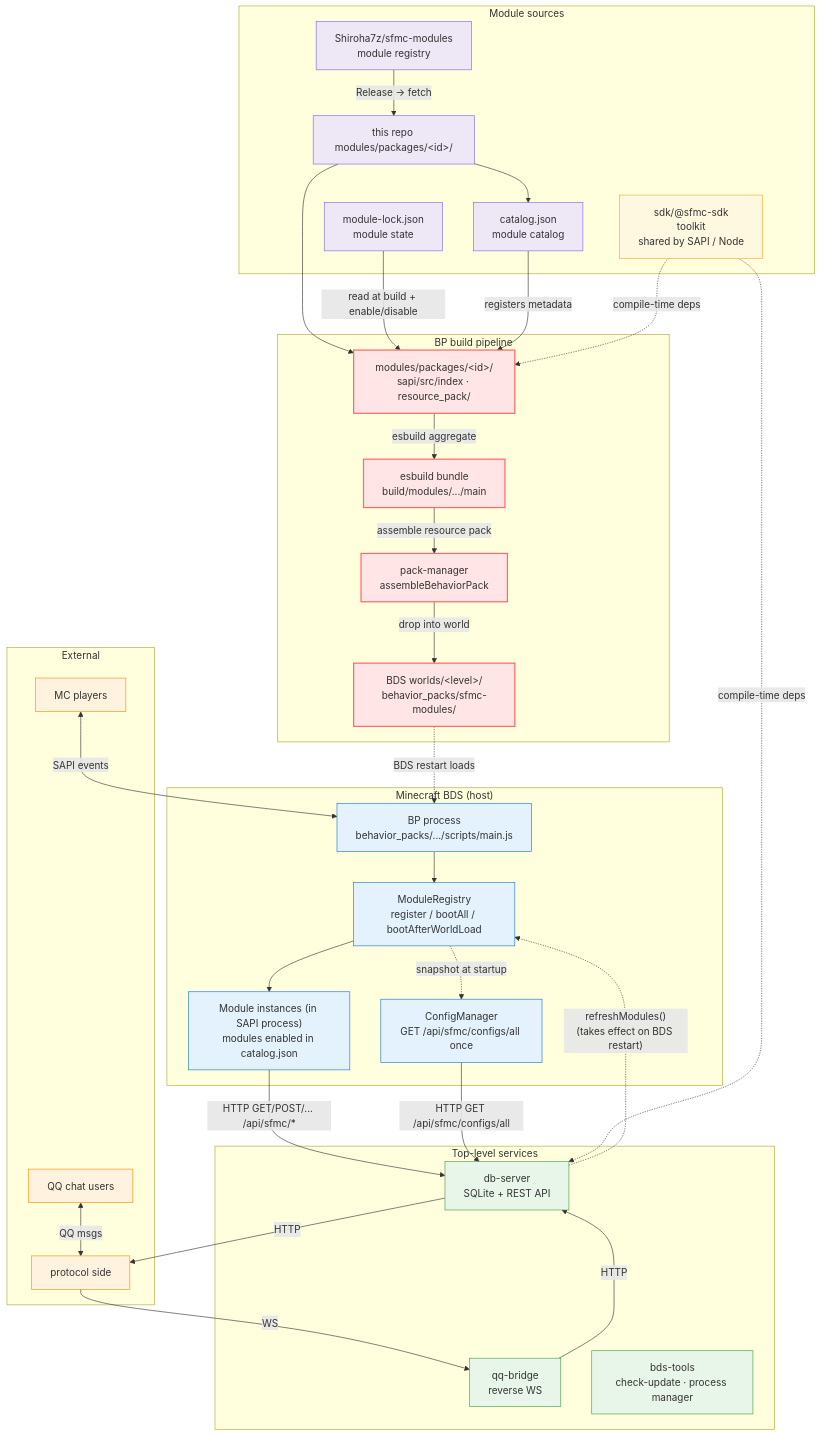
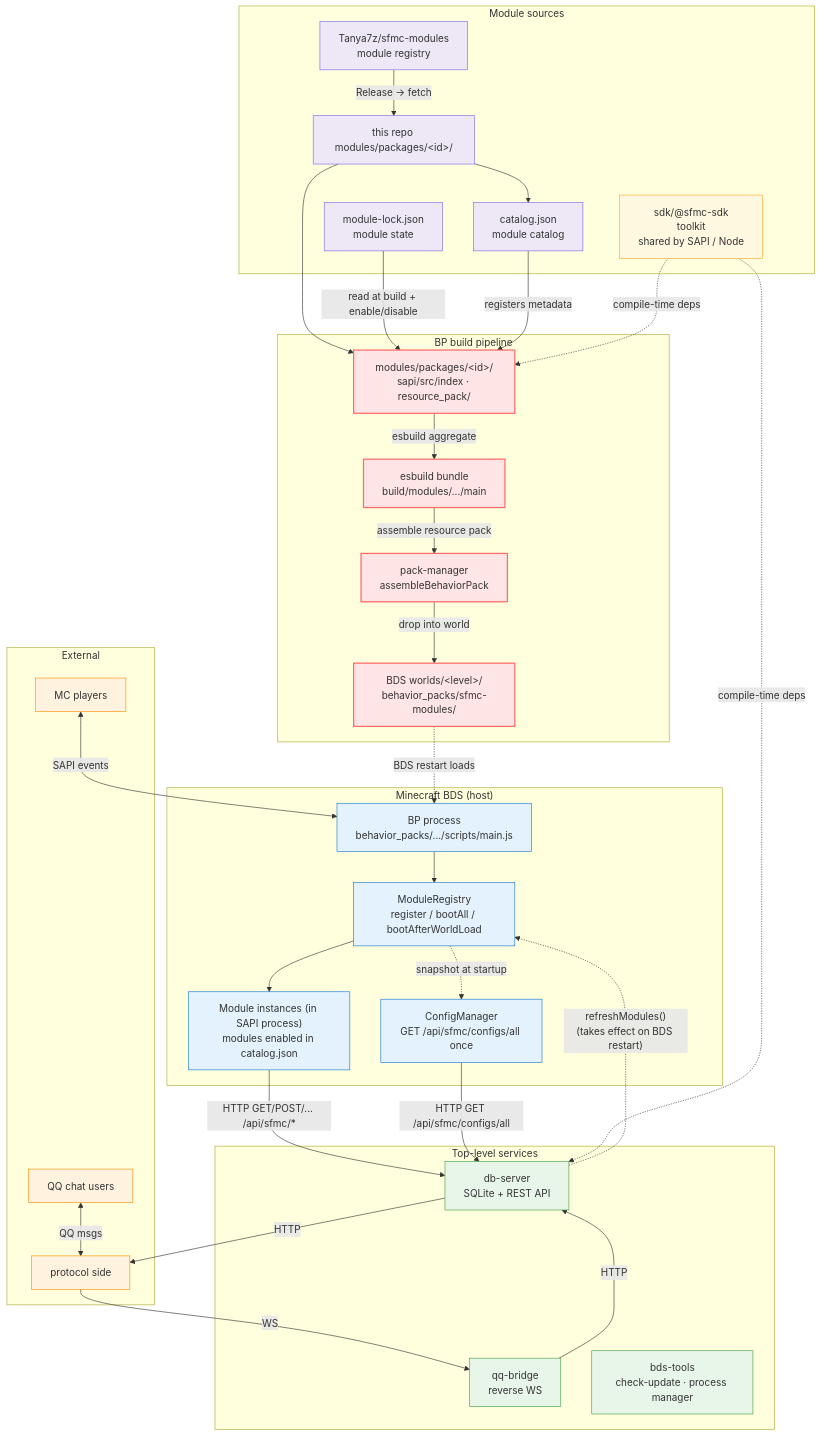
The first of 2 diagrams in README.en.md (DogeLakeDev/ScriptsForMinecraftServer), drawn with Mermaid before and after one commit. The commit also changed other lines of this file and 11 other files, not shown here.

```diff
--- a/README.en.md
+++ b/README.en.md
@@ -61,7 +61,7 @@
 
     %% ============== Module sources ==============
     subgraph MODS["Module sources"]
-      REMOTE_MODS["Shiroha7z/sfmc-modules<br/>module registry"]
+      REMOTE_MODS["Tanya7z/sfmc-modules<br/>module registry"]
       LOCAL_MODS["this repo modules/packages/&lt;id&gt;/"]
       CAT["catalog.json<br/>module catalog"]
       LOCK["module-lock.json<br/>module state"]
```
